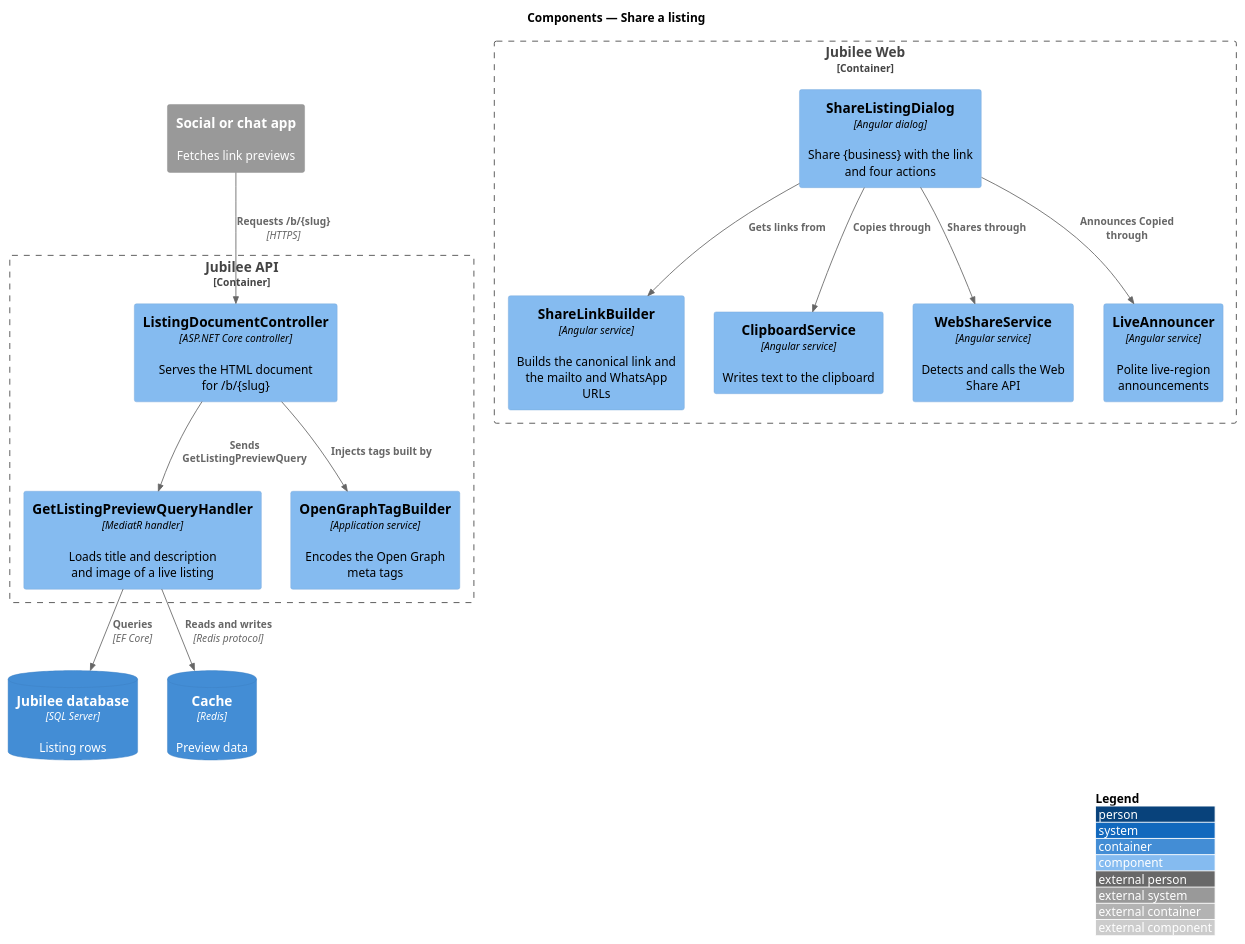
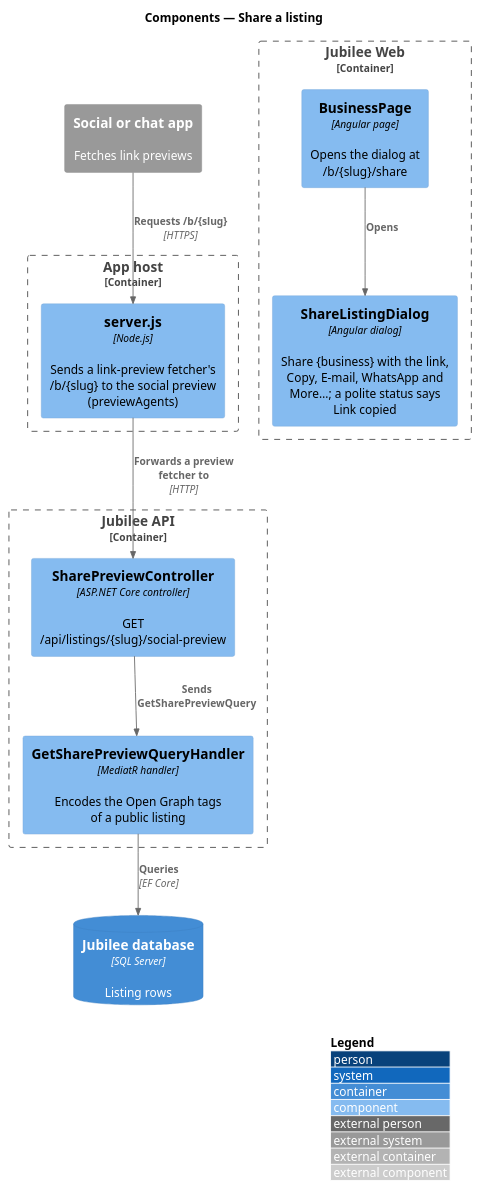
The diagram in docs/detailed-designs/listings/share-listing/diagrams/c4-component.puml (QuinntyneBrown/jubilee), drawn with PlantUML before and after one commit. The commit also changed 25 other files, not shown here.

First line of the commit message:
Requirements, designs and ADR 0055 for finishing journey 21: crawler routing of shared links, og-image.png, and the team's e-mail of a report

```diff
--- a/docs/detailed-designs/listings/share-listing/diagrams/c4-component.puml
+++ b/docs/detailed-designs/listings/share-listing/diagrams/c4-component.puml
@@ -1,31 +1,25 @@
 @startuml
 !include <C4/C4_Component>
 LAYOUT_WITH_LEGEND()
 title Components — Share a listing
 
 Container_Boundary(web, "Jubilee Web") {
-  Component(dialog, "ShareListingDialog", "Angular dialog", "Share {business} with the link and four actions")
-  Component(builder, "ShareLinkBuilder", "Angular service", "Builds the canonical link and the mailto and WhatsApp URLs")
-  Component(clip, "ClipboardService", "Angular service", "Writes text to the clipboard")
-  Component(share, "WebShareService", "Angular service", "Detects and calls the Web Share API")
-  Component(announce, "LiveAnnouncer", "Angular service", "Polite live-region announcements")
+  Component(page, "BusinessPage", "Angular page", "Opens the dialog at /b/{slug}/share")
+  Component(dialog, "ShareListingDialog", "Angular dialog", "Share {business} with the link, Copy, E-mail, WhatsApp and More…; a polite status says Link copied")
+}
+Container_Boundary(host, "App host") {
+  Component(server, "server.js", "Node.js", "Sends a link-preview fetcher's /b/{slug} to the social preview (previewAgents)")
 }
 Container_Boundary(api, "Jubilee API") {
-  Component(doc, "ListingDocumentController", "ASP.NET Core controller", "Serves the HTML document for /b/{slug}")
-  Component(handler, "GetListingPreviewQueryHandler", "MediatR handler", "Loads title and description and image of a live listing")
-  Component(tags, "OpenGraphTagBuilder", "Application service", "Encodes the Open Graph meta tags")
+  Component(controller, "SharePreviewController", "ASP.NET Core controller", "GET /api/listings/{slug}/social-preview")
+  Component(handler, "GetSharePreviewQueryHandler", "MediatR handler", "Encodes the Open Graph tags of a public listing")
 }
 ContainerDb(db, "Jubilee database", "SQL Server", "Listing rows")
-ContainerDb(cache, "Cache", "Redis", "Preview data")
 System_Ext(apps, "Social or chat app", "Fetches link previews")
 
-Rel(dialog, builder, "Gets links from")
-Rel(dialog, clip, "Copies through")
-Rel(dialog, share, "Shares through")
-Rel(dialog, announce, "Announces Copied through")
-Rel(apps, doc, "Requests /b/{slug}", "HTTPS")
-Rel(doc, handler, "Sends GetListingPreviewQuery")
-Rel(doc, tags, "Injects tags built by")
-Rel(handler, cache, "Reads and writes", "Redis protocol")
+Rel(page, dialog, "Opens")
+Rel(apps, server, "Requests /b/{slug}", "HTTPS")
+Rel(server, controller, "Forwards a preview fetcher to", "HTTP")
+Rel(controller, handler, "Sends GetSharePreviewQuery")
 Rel(handler, db, "Queries", "EF Core")
 @enduml
```
